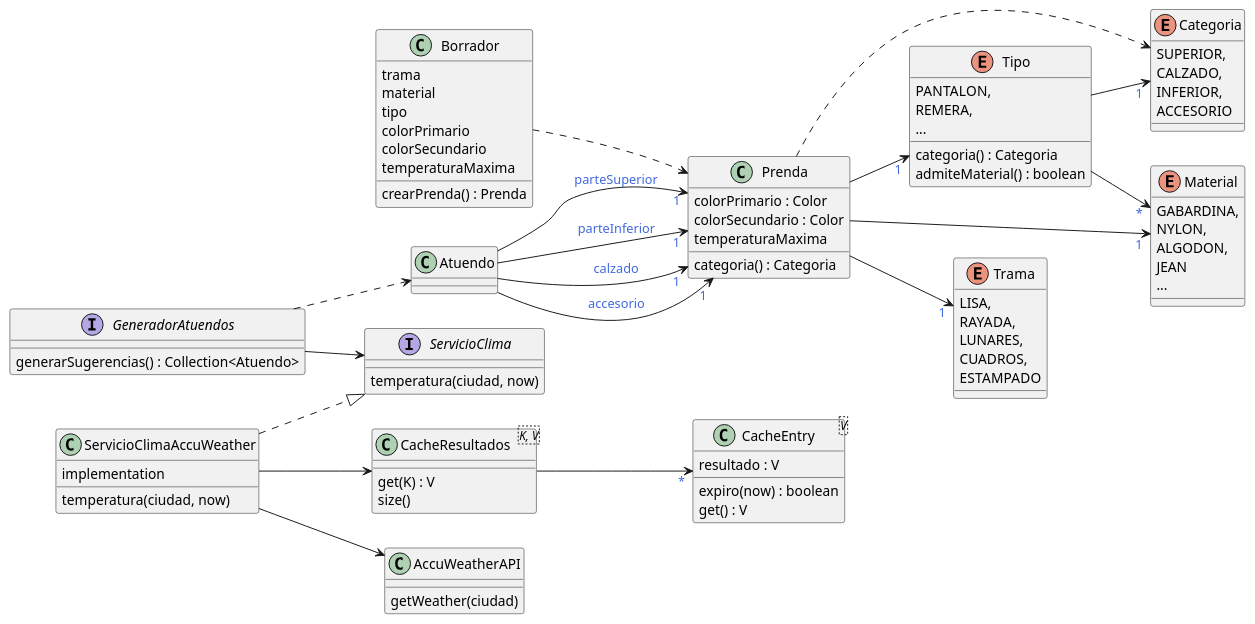
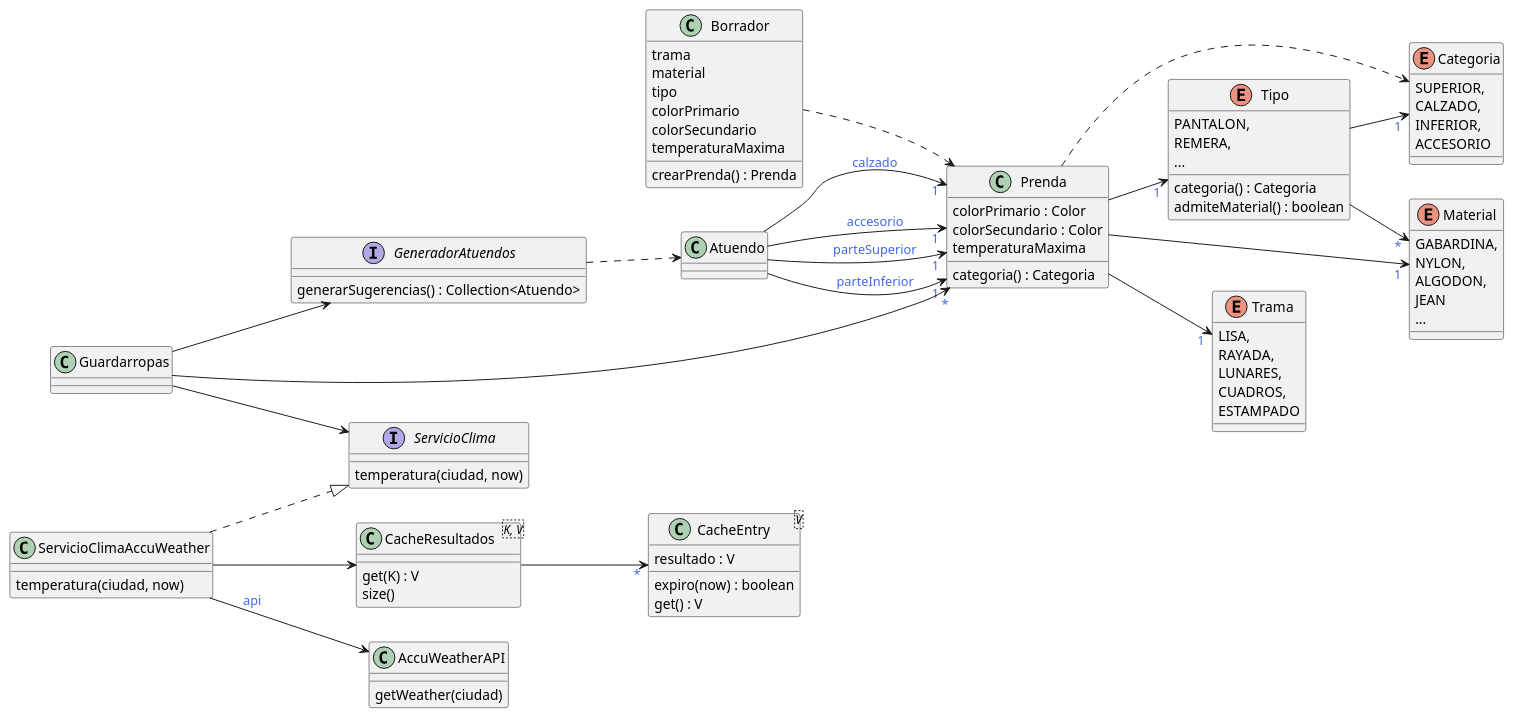
The diagram in assets/qmp.puml (ariel-/tp-dds-qmp), drawn with PlantUML before and after one commit. The commit also changed 1 other file, not shown here.

Commit message:
Guardarropas

```diff
--- a/assets/qmp.puml
+++ b/assets/qmp.puml
@@ -1,114 +1,116 @@
 @startuml
 left to right direction
 skinparam backgroundColor transparent
 skinparam arrowFontColor royalblue
 
 together {
     class Prenda {
         colorPrimario : Color
         colorSecundario : Color
         temperaturaMaxima
         categoria() : Categoria
     }
 
     enum Trama {
         LISA,
         RAYADA,
         LUNARES,
         CUADROS,
         ESTAMPADO
     }
 
     enum Material {
         GABARDINA,
         NYLON,
         ALGODON,
         JEAN
         ...
     }
 
     enum Tipo {
         PANTALON,
         REMERA,
         ...
 
         categoria() : Categoria
         admiteMaterial() : boolean
     }
 
     enum Categoria {
         SUPERIOR,
         CALZADO,
         INFERIOR,
         ACCESORIO
     }
 
     Prenda --> "1" Material
     Prenda --> "1" Trama
     Prenda --> "1" Tipo
 
     Prenda ..> Categoria
 
     Tipo --> "1" Categoria
     Tipo --> "*" Material
 }
 
 class Borrador {
     trama
     material
     tipo
     colorPrimario
     colorSecundario
     temperaturaMaxima
 
     crearPrenda() : Prenda
 }
 
 interface GeneradorAtuendos {
     generarSugerencias() : Collection<Atuendo>
 }
 
 class Atuendo {
 }
 
 interface ServicioClima {
     temperatura(ciudad, now)
 }
 
 class ServicioClimaAccuWeather {
-    implementation
     temperatura(ciudad, now)
 }
 
-class "CacheResultados<K, V>" as CacheResultados_K_V {
+class "CacheResultados<K, V>" as CacheResultados {
     get(K) : V
     size()
 }
 
-class "CacheEntry<V>" as CacheEntry_V {
+class "CacheEntry<V>" as CacheEntry {
     resultado : V
     expiro(now) : boolean
     get() : V
 }
 
 class AccuWeatherAPI {
     getWeather(ciudad)
 }
 
 Borrador ..> Prenda
 
 Atuendo --> "1" Prenda : parteSuperior
 Atuendo --> "1" Prenda : parteInferior
 Atuendo --> "1" Prenda : calzado
 Atuendo --> "1" Prenda : accesorio
 
-GeneradorAtuendos --> ServicioClima
+Guardarropas --> GeneradorAtuendos
+Guardarropas --> ServicioClima
+Guardarropas --> "*" Prenda
+
 GeneradorAtuendos ..> Atuendo
 
 ServicioClimaAccuWeather ..|> ServicioClima
-ServicioClimaAccuWeather --> CacheResultados_K_V
-ServicioClimaAccuWeather --> AccuWeatherAPI
+ServicioClimaAccuWeather --> CacheResultados
+ServicioClimaAccuWeather --> AccuWeatherAPI : api
 
-CacheResultados_K_V --> "*" CacheEntry_V
+CacheResultados --> "*" CacheEntry
 
 @enduml
```
